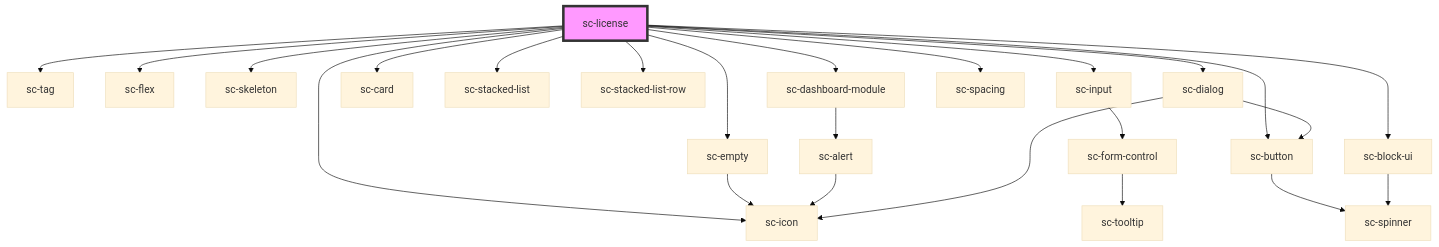
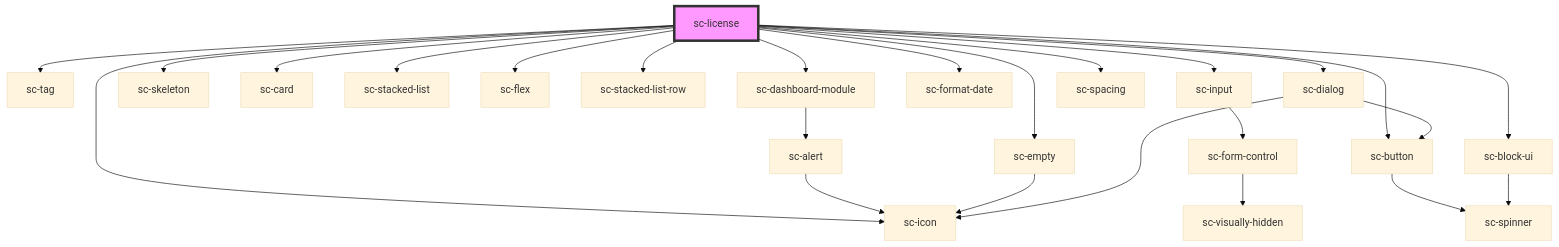
The diagram in packages/components/src/components/controllers/dashboard/sc-license/readme.md (surecart/surecart-wp-plugin), drawn with Mermaid (base theme) before and after one commit. The commit also changed other lines of this file and 17 other files, not shown here.

````diff
--- a/packages/components/src/components/controllers/dashboard/sc-license/readme.md
+++ b/packages/components/src/components/controllers/dashboard/sc-license/readme.md
@@ -35,27 +36,28 @@
 ```mermaid
 graph TD;
   sc-license --> sc-tag
-  sc-license --> sc-flex
+  sc-license --> sc-dashboard-module
   sc-license --> sc-skeleton
-  sc-license --> sc-empty
-  sc-license --> sc-dashboard-module
   sc-license --> sc-card
   sc-license --> sc-stacked-list
+  sc-license --> sc-flex
+  sc-license --> sc-empty
   sc-license --> sc-stacked-list-row
   sc-license --> sc-input
   sc-license --> sc-button
-  sc-license --> sc-icon
+  sc-license --> sc-format-date
   sc-license --> sc-block-ui
   sc-license --> sc-dialog
+  sc-license --> sc-icon
   sc-license --> sc-spacing
-  sc-empty --> sc-icon
   sc-dashboard-module --> sc-alert
   sc-alert --> sc-icon
+  sc-empty --> sc-icon
   sc-input --> sc-form-control
-  sc-form-control --> sc-tooltip
+  sc-form-control --> sc-visually-hidden
   sc-button --> sc-spinner
   sc-block-ui --> sc-spinner
   sc-dialog --> sc-button
   sc-dialog --> sc-icon
   style sc-license fill:#f9f,stroke:#333,stroke-width:4px
 ```
````
